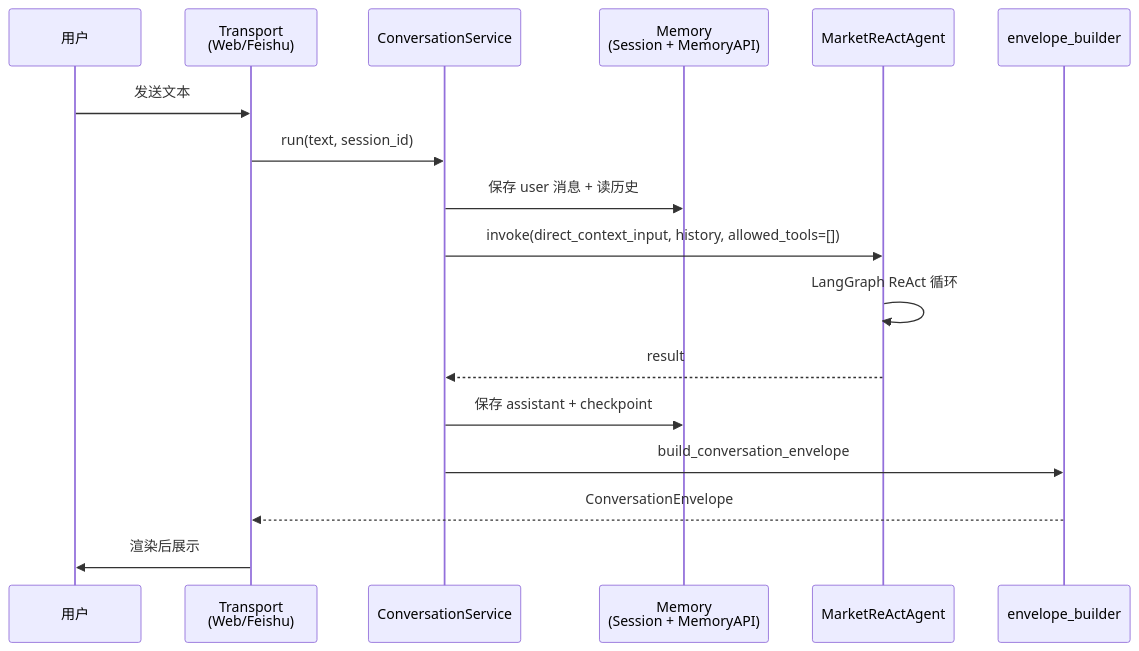
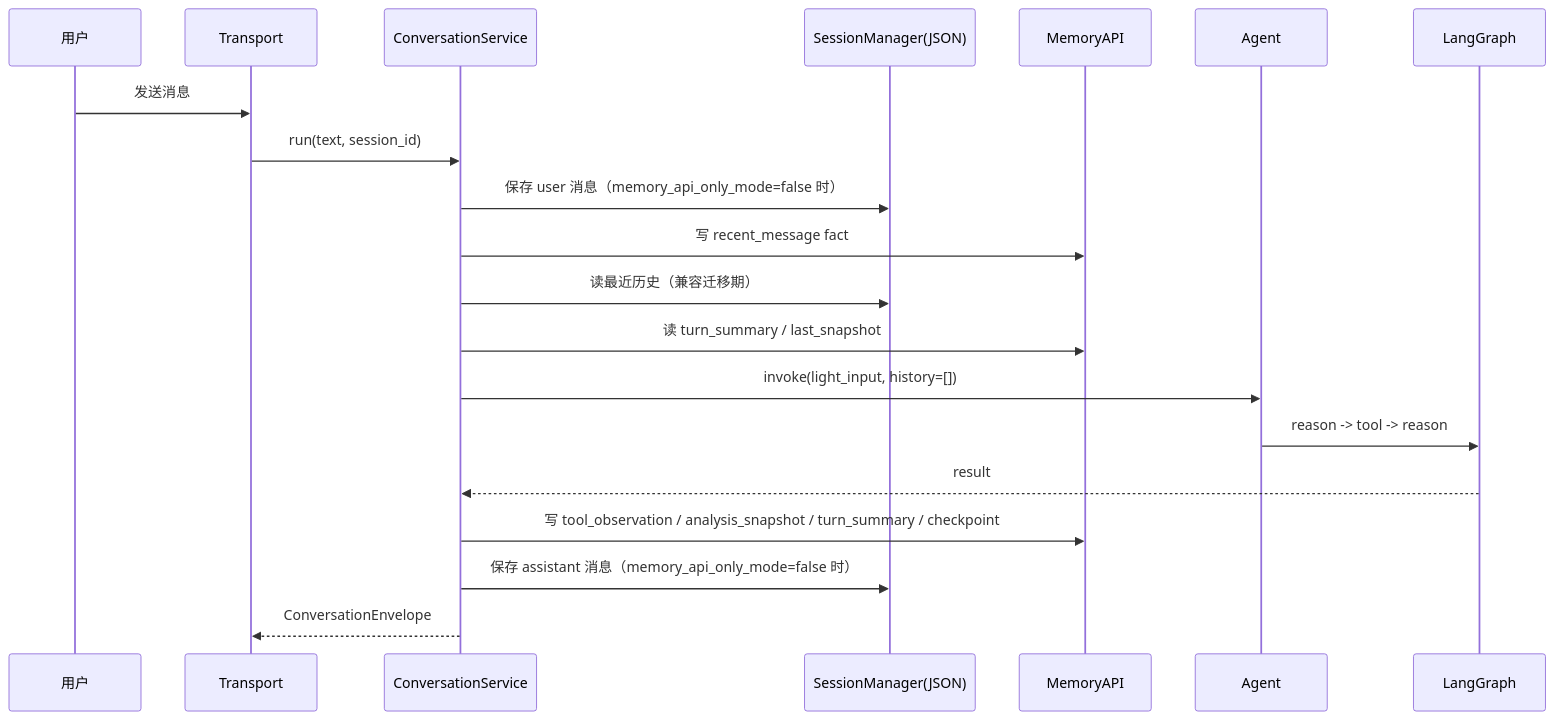
One commit to 7Gosts/MarketAssAgent changed the second of 2 diagrams in docs/00_PROJECT_ARCHITECTURE.md. Above: the diagram before and after it, drawn with Mermaid. The commit also changed other lines of this file and 20 other files, not shown here.

````diff
--- a/docs/00_PROJECT_ARCHITECTURE.md
+++ b/docs/00_PROJECT_ARCHITECTURE.md
@@ -81,20 +58,23 @@
 ```mermaid
 sequenceDiagram
     participant U as 用户
-    participant T as Transport<br/>(Web/Feishu)
+    participant T as Transport
     participant CS as ConversationService
-    participant MEM as Memory<br/>(Session + MemoryAPI)
-    participant AG as MarketReActAgent
-    participant EB as envelope_builder
+    participant S as SessionManager(JSON)
+    participant M as MemoryAPI
+    participant A as Agent
+    participant G as LangGraph
 
-    U->>T: 发送文本
+    U->>T: 发送消息
     T->>CS: run(text, session_id)
-    CS->>MEM: 保存 user 消息 + 读历史
-    CS->>AG: invoke(direct_context_input, history, allowed_tools=[])
-    AG->>AG: LangGraph ReAct 循环
-    AG-->>CS: result
-    CS->>MEM: 保存 assistant + checkpoint
-    CS->>EB: build_conversation_envelope
-    EB-->>T: ConversationEnvelope
-    T->>U: 渲染后展示
+    CS->>S: 保存 user 消息（memory_api_only_mode=false 时）
+    CS->>M: 写 recent_message fact
+    CS->>S: 读最近历史（兼容迁移期）
+    CS->>M: 读 turn_summary / last_snapshot
+    CS->>A: invoke(light_input, history=[])
+    A->>G: reason -> tool -> reason
+    G-->>CS: result
+    CS->>M: 写 tool_observation / analysis_snapshot / turn_summary / checkpoint
+    CS->>S: 保存 assistant 消息（memory_api_only_mode=false 时）
+    CS-->>T: ConversationEnvelope
 ```
````
